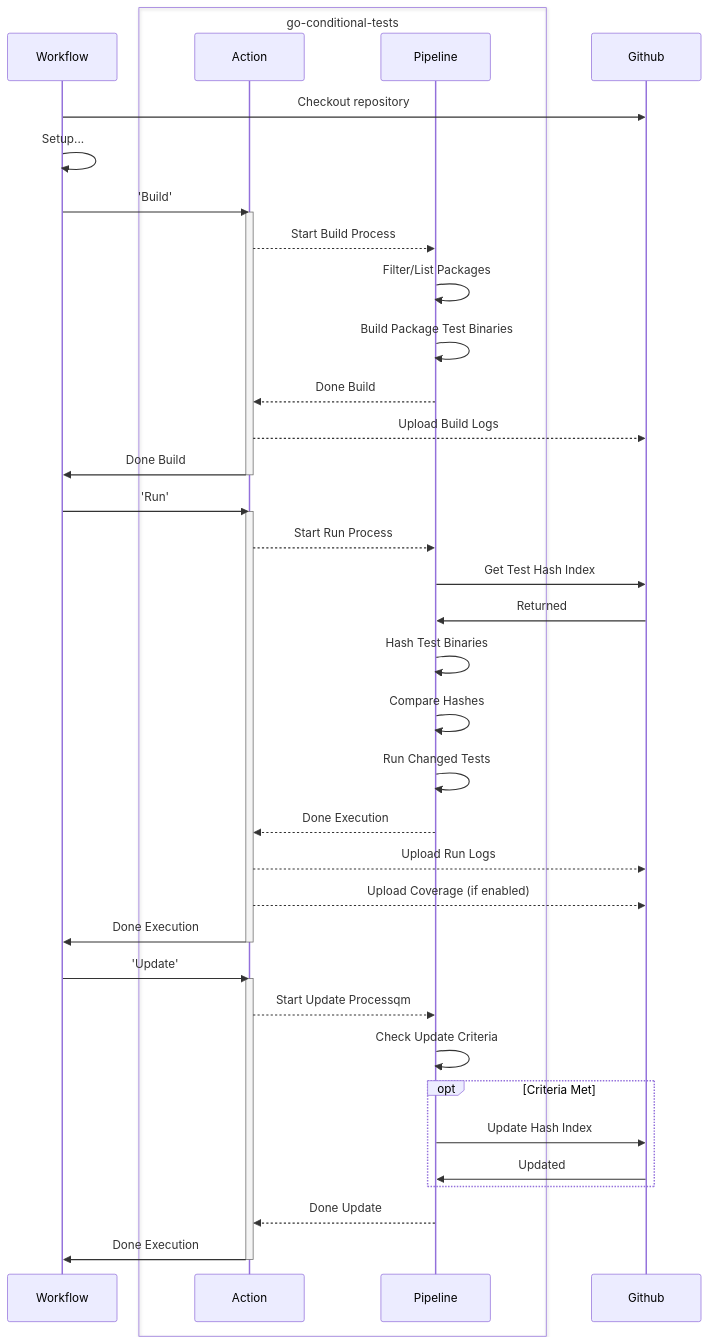
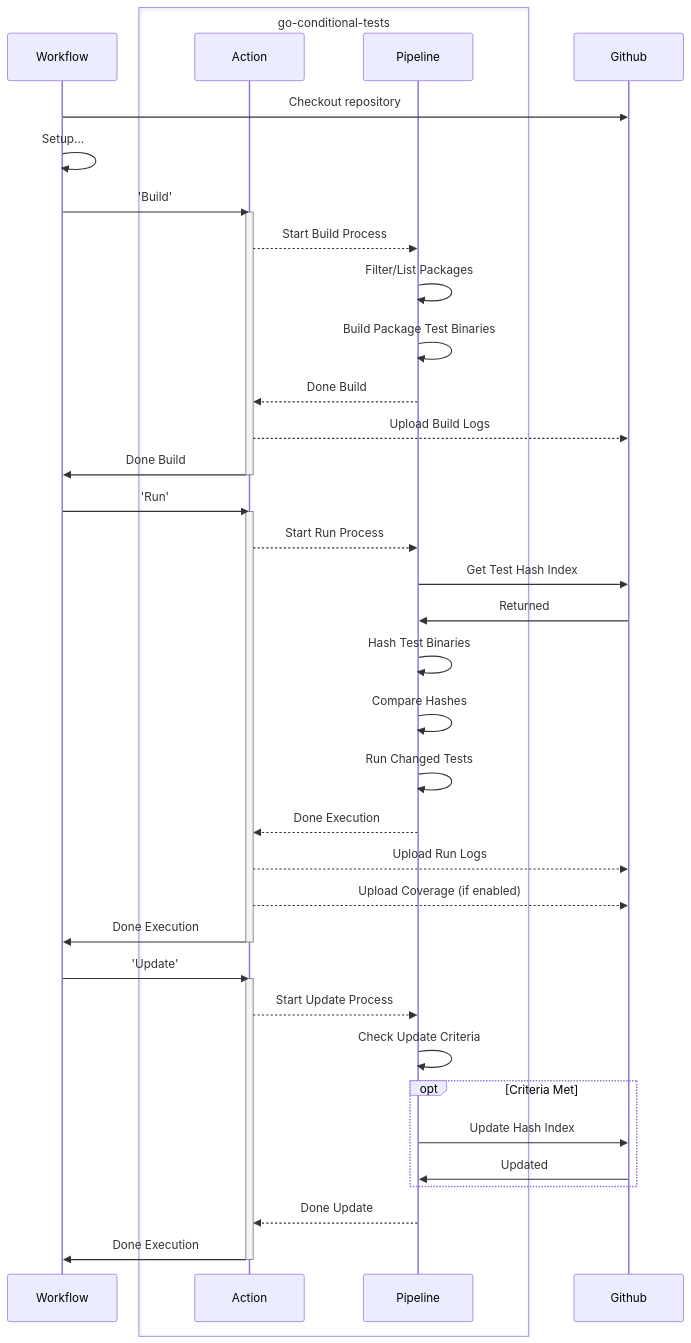
One commit to smartcontractkit/.github changed the diagram in apps/go-conditional-tests/README.md. Above: the diagram before and after it, drawn with Mermaid. The commit also changed other lines of this file and 15 other files, not shown here.

````diff
--- a/apps/go-conditional-tests/README.md
+++ b/apps/go-conditional-tests/README.md
@@ -6,56 +6,56 @@
 ```mermaid
 sequenceDiagram
   participant Workflow
   participant Action
   participant Pipeline
   participant Github
 
   box go-conditional-tests
     participant Action
     participant Pipeline
   end
 
   Workflow->>Github: Checkout repository
   Workflow->>Workflow: Setup...
 
   Workflow->>Action: 'Build'
   activate Action
   Action-->>Pipeline: Start Build Process
 
   Pipeline->>Pipeline: Filter/List Packages
   Pipeline->>Pipeline: Build Package Test Binaries
   Pipeline-->>Action: Done Build
 
   Action-->>Github: Upload Build Logs
   Action->>Workflow: Done Build
   deactivate Action
 
   Workflow->>Action: 'Run'
   activate Action
   Action-->>Pipeline: Start Run Process
 
   Pipeline->>Github: Get Test Hash Index
   Github->>Pipeline: Returned
   Pipeline->>Pipeline: Hash Test Binaries
   Pipeline->>Pipeline: Compare Hashes
   Pipeline->>Pipeline: Run Changed Tests
   Pipeline-->>Action: Done Execution
 
   Action-->>Github: Upload Run Logs
   Action-->>Github: Upload Coverage (if enabled)
   Action->>Workflow: Done Execution
   deactivate Action
 
   Workflow->>Action: 'Update'
   activate Action
-  Action-->>Pipeline: Start Update Processqm
+  Action-->>Pipeline: Start Update Process
   Pipeline->>Pipeline: Check Update Criteria
 
   opt Criteria Met
     Pipeline->>Github: Update Hash Index
     Github->>Pipeline: Updated
   end
   Pipeline-->>Action: Done Update
   Action->>Workflow: Done Execution
   deactivate Action
 ```
````
